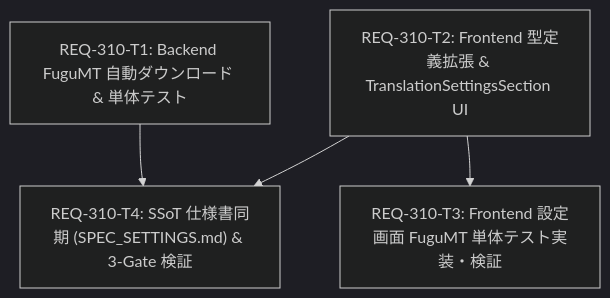
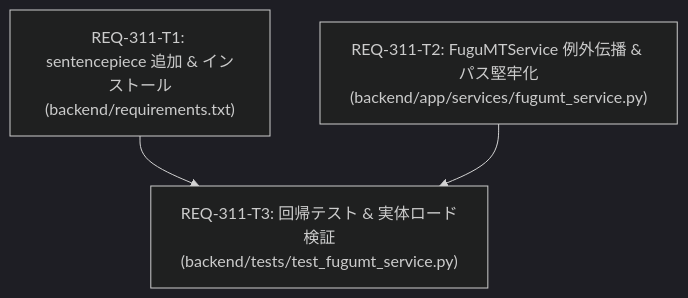
One commit to TAKE4548/comfy-create-helper2 changed the diagram in implementation_plan.md. Above: the diagram before and after it, drawn with Mermaid (dark theme). The commit also changed other lines of this file and 14 other files, not shown here.

Commit message:
feat(REQ-311): fix FuguMT initialization failure by adding sentencepiece dependency and error propagation

````diff
--- a/implementation_plan.md
+++ b/implementation_plan.md
@@ -40,11 +48,9 @@
 ```mermaid
 graph TD
-  REQ310-T1["REQ-310-T1: Backend FuguMT 自動ダウンロード & 単体テスト"]
-  REQ310-T2["REQ-310-T2: Frontend 型定義拡張 & TranslationSettingsSection UI"]
-  REQ310-T3["REQ-310-T3: Frontend 設定画面 FuguMT 単体テスト実装・検証"]
-  REQ310-T4["REQ-310-T4: SSoT 仕様書同期 (SPEC_SETTINGS.md) & 3-Gate 検証"]
+  REQ-311-T1["REQ-311-T1: sentencepiece 追加 & インストール<br/>(backend/requirements.txt)"]
+  REQ-311-T2["REQ-311-T2: FuguMTService 例外伝播 & パス堅牢化<br/>(backend/app/services/fugumt_service.py)"]
+  REQ-311-T3["REQ-311-T3: 回帰テスト & 実体ロード検証<br/>(backend/tests/test_fugumt_service.py)"]
 
-  REQ310-T1 --> REQ310-T4
-  REQ310-T2 --> REQ310-T3
-  REQ310-T2 --> REQ310-T4
+  REQ-311-T1 --> REQ-311-T3
+  REQ-311-T2 --> REQ-311-T3
 ```
````
